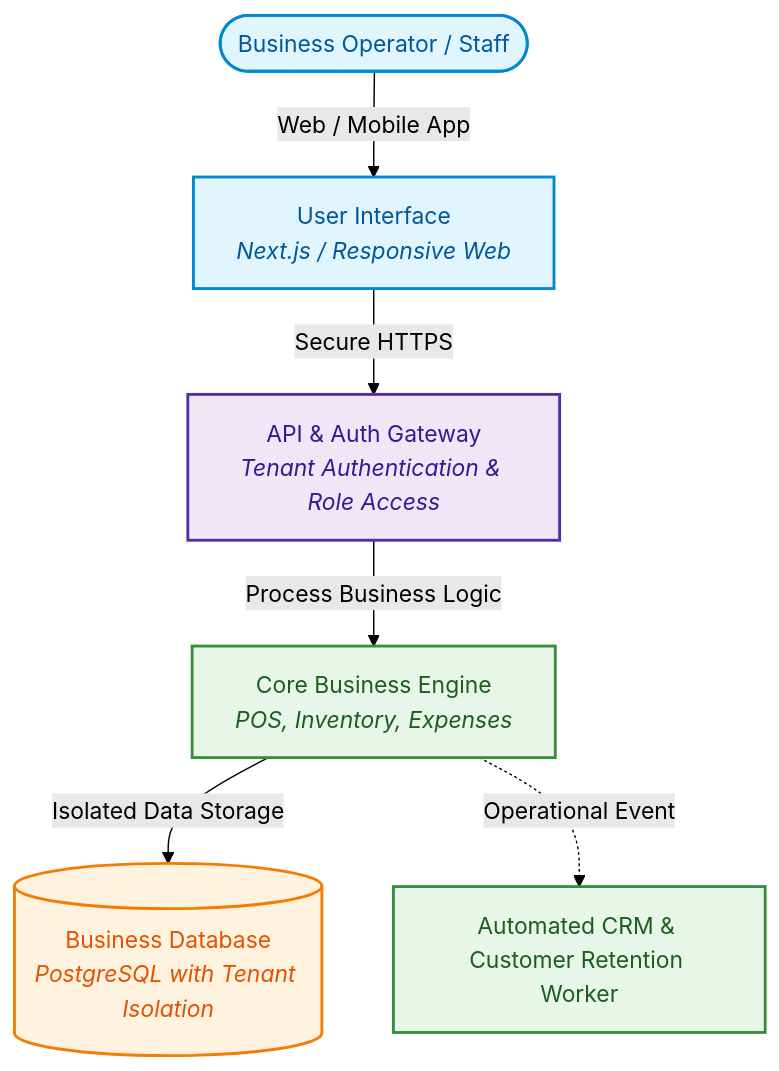
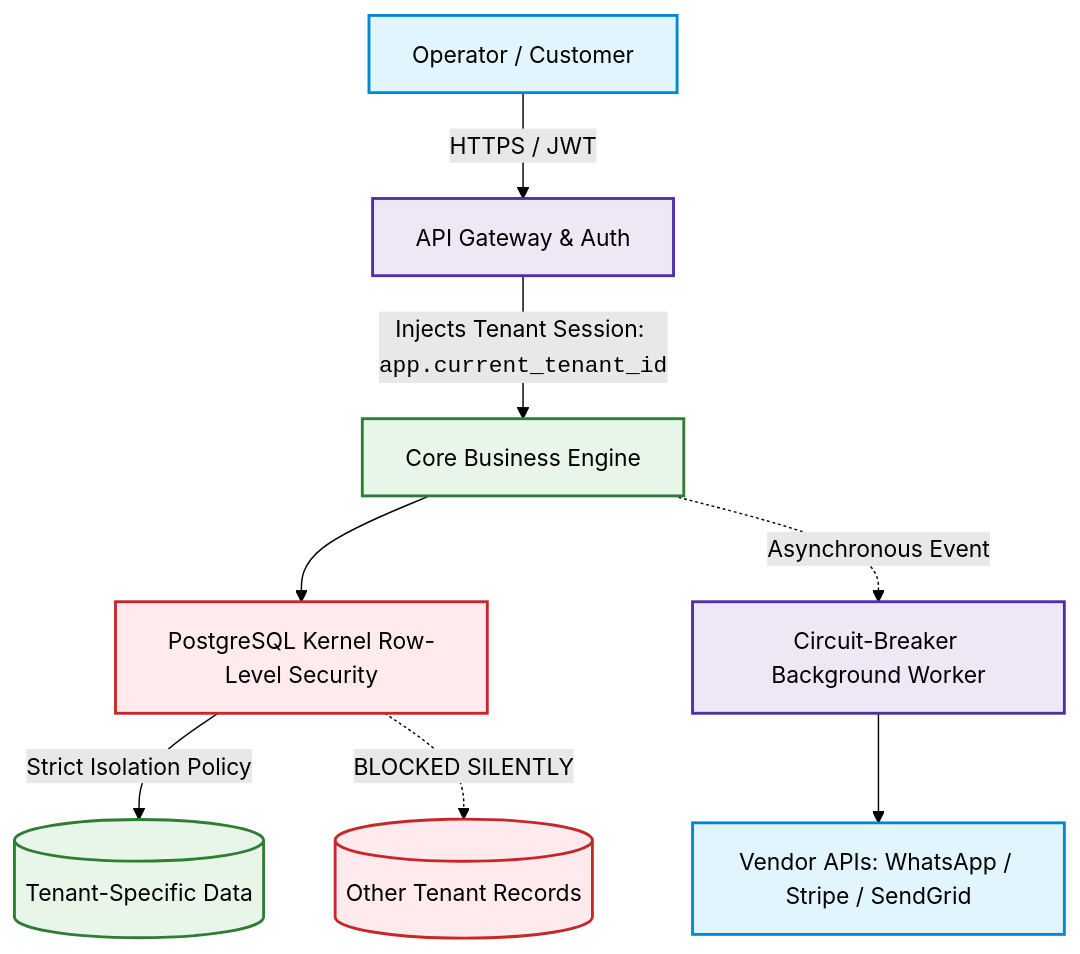
One commit to reviveproject4-source/OpenBSA changed the second of 2 diagrams in README.md. Above: the diagram before and after it, drawn with Mermaid (forest theme). The commit also changed other lines of this file and 20 other files, not shown here.

````diff
--- a/README.md
+++ b/README.md
@@ -66,13 +82,17 @@
 ```mermaid
 graph TD
-    classDef client fill:#e1f5fe,stroke:#0288d1,stroke-width:2px,color:#01579b;
-    classDef gateway fill:#ede7f6,stroke:#512da8,stroke-width:2px,color:#311b92;
-    classDef service fill:#e8f5e9,stroke:#388e3c,stroke-width:2px,color:#1b5e20;
-    classDef db fill:#fff3e0,stroke:#f57c00,stroke-width:2px,color:#e65100;
+    classDef client fill:#e1f5fe,stroke:#0288d1,stroke-width:2px;
+    classDef gateway fill:#ede7f6,stroke:#512da8,stroke-width:2px;
+    classDef engine fill:#e8f5e9,stroke:#2e7d32,stroke-width:2px;
+    classDef secure fill:#ffebee,stroke:#c62828,stroke-width:2px;
 
-    Operator([Business Operator / Staff]):::client -->|Web / Mobile App| Frontend[User Interface<br/><i>Next.js / Responsive Web</i>]:::client
-    Frontend -->|Secure HTTPS| APIGateway[API & Auth Gateway<br/><i>Tenant Authentication & Role Access</i>]:::gateway
-    APIGateway -->|Process Business Logic| CoreEngine[Core Business Engine<br/><i>POS, Inventory, Expenses</i>]:::service
-    CoreEngine -->|Isolated Data Storage| Database[(Business Database<br/><i>PostgreSQL with Tenant Isolation</i>)]:::db
-    CoreEngine -.->|Operational Event| CRMModule[Automated CRM & Customer Retention Worker]:::service
+    User[Operator / Customer]:::client -->|HTTPS / JWT| Gateway[API Gateway & Auth]:::gateway
+    Gateway -->|Injects Tenant Session: <code>app.current_tenant_id</code>| Engine[Core Business Engine]:::engine
+    
+    Engine --> RLS[PostgreSQL Kernel Row-Level Security]:::secure
+    RLS -->|Strict Isolation Policy| TenantData[(Tenant-Specific Data)]:::engine
+    RLS -.->|BLOCKED SILENTLY| OtherTenants[(Other Tenant Records)]:::secure
+
+    Engine -.->|Asynchronous Event| Worker[Circuit-Breaker Background Worker]:::gateway
+    Worker --> ThirdParty[Vendor APIs: WhatsApp / Stripe / SendGrid]:::client
 ```
````
